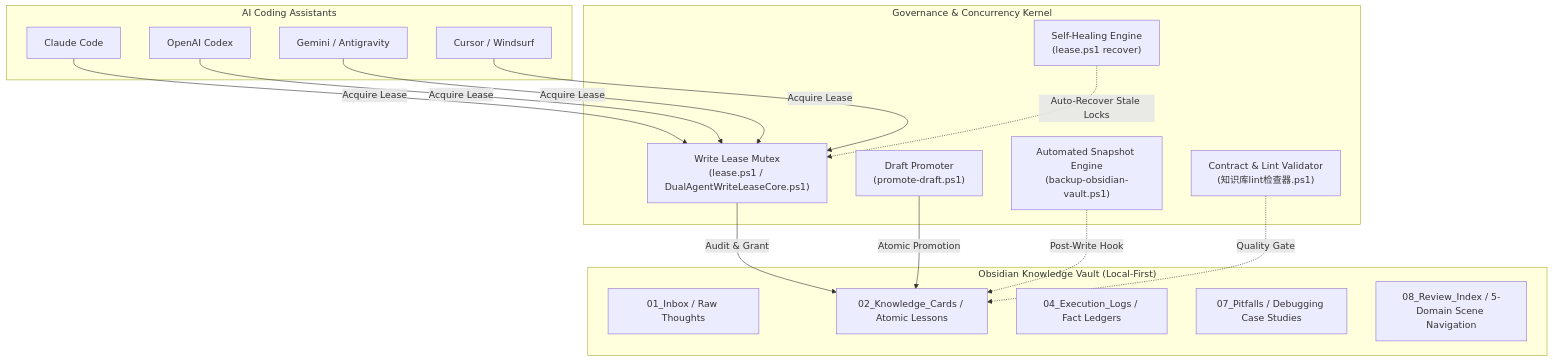
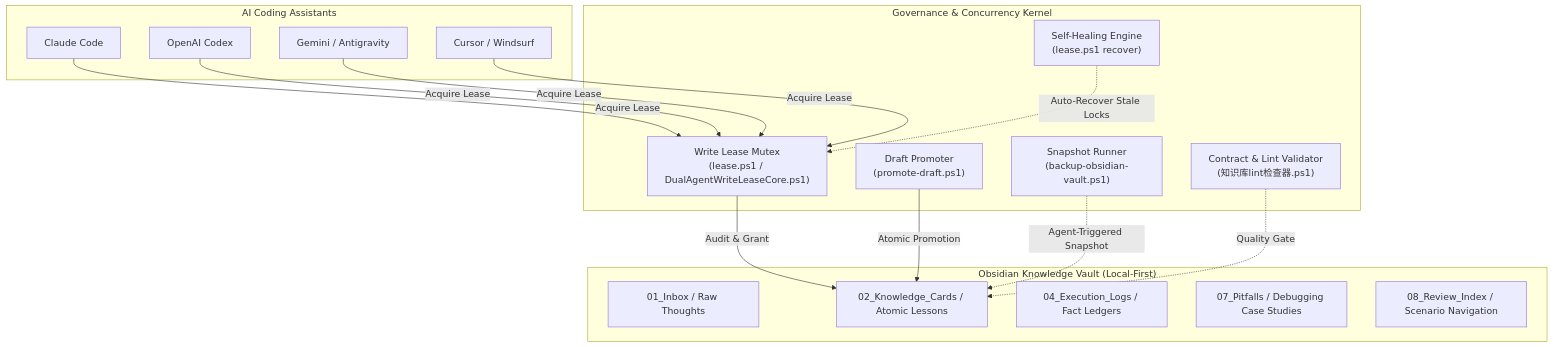
One commit to a2578348864a-sys/Agent-Memory-OS changed the diagram in README.md. Above: the diagram before and after it, drawn with Mermaid. The commit also changed other lines of this file and 20 other files, not shown here.

````diff
--- a/README.md
+++ b/README.md
@@ -54,36 +57,36 @@
 ```mermaid
 graph TD
     subgraph Clients["AI Coding Assistants"]
         Claude["Claude Code"]
         Codex["OpenAI Codex"]
         Gemini["Gemini / Antigravity"]
         Cursor["Cursor / Windsurf"]
     end
 
     subgraph Kernel["Governance & Concurrency Kernel"]
         Lease["Write Lease Mutex<br>(lease.ps1 / DualAgentWriteLeaseCore.ps1)"]
         Reset["Self-Healing Engine<br>(lease.ps1 recover)"]
         Promote["Draft Promoter<br>(promote-draft.ps1)"]
-        Backup["Automated Snapshot Engine<br>(backup-obsidian-vault.ps1)"]
+        Backup["Snapshot Runner<br>(backup-obsidian-vault.ps1)"]
         Lint["Contract & Lint Validator<br>(知识库lint检查器.ps1)"]
     end
 
     subgraph Vault["Obsidian Knowledge Vault (Local-First)"]
         Inbox["01_Inbox / Raw Thoughts"]
         Cards["02_Knowledge_Cards / Atomic Lessons"]
         Exec["04_Execution_Logs / Fact Ledgers"]
         Pitfalls["07_Pitfalls / Debugging Case Studies"]
-        Index["08_Review_Index / 5-Domain Scene Navigation"]
+        Index["08_Review_Index / Scenario Navigation"]
     end
 
     Claude -->|Acquire Lease| Lease
     Codex -->|Acquire Lease| Lease
     Gemini -->|Acquire Lease| Lease
     Cursor -->|Acquire Lease| Lease
 
     Lease -->|Audit & Grant| Cards
     Reset -.->|Auto-Recover Stale Locks| Lease
     Promote -->|Atomic Promotion| Cards
-    Backup -.->|Post-Write Hook| Cards
+    Backup -.->|Agent-Triggered Snapshot| Cards
     Lint -.->|Quality Gate| Cards
 ```
````
